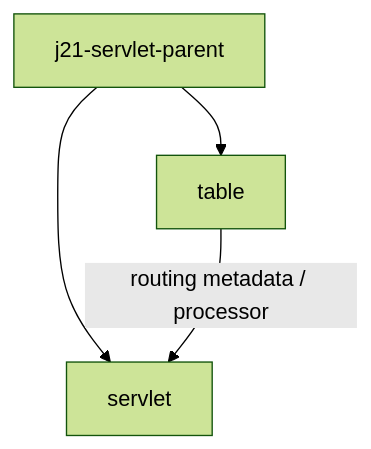
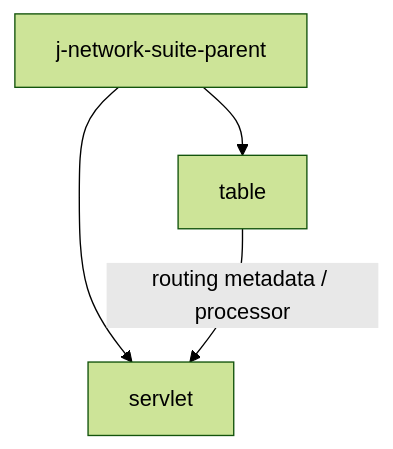
The third of 5 diagrams in README.md (DDaanieloliv/j-network-suite), drawn with Mermaid (forest theme) before and after one commit. The commit also changed other lines of this file and 1 other file, not shown here.

````diff
--- a/README.md
+++ b/README.md
@@ -387,14 +387,14 @@
 ```mermaid
 flowchart TD
 
-    ROOT["j21-servlet-parent"]
+    ROOT["j-network-suite-parent"]
 
     PATH["table"]
 
     SERVER["servlet"]
 
     ROOT --> PATH
     ROOT --> SERVER
 
     PATH -->|"routing metadata / processor"| SERVER
 ```
````
